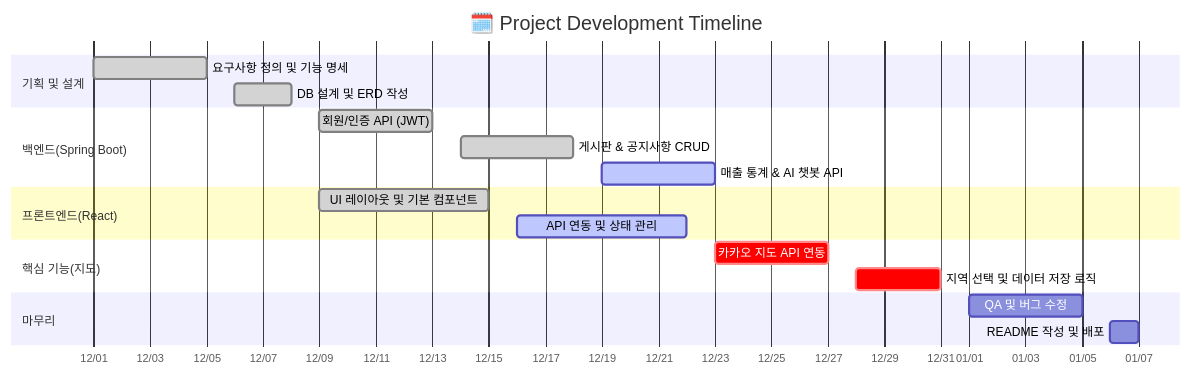
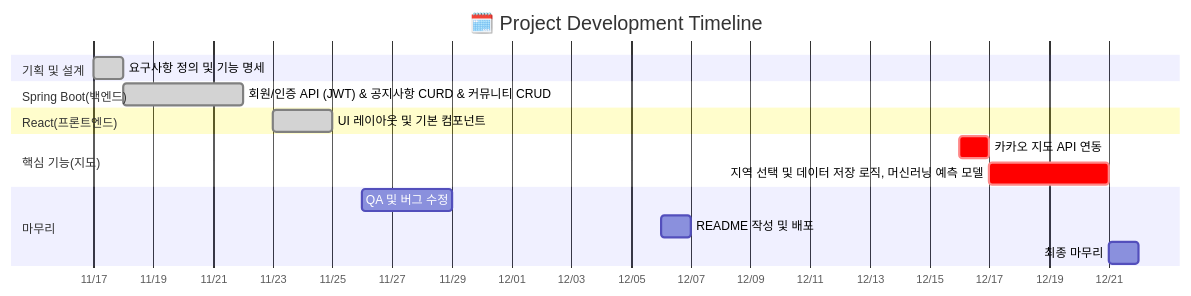
Before and after one commit to rombird/JOB-A-YO: the diagram in README.md, drawn with Mermaid. The commit also changed other lines of this file, not shown here.

````diff
--- a/README.md
+++ b/README.md
@@ -281,27 +347,24 @@
 ```mermaid
 gantt
     title 🗓️ Project Development Timeline
     dateFormat  YYYY-MM-DD
     axisFormat  %m/%d
 
     section 기획 및 설계
-    요구사항 정의 및 기능 명세      :done, des1, 2025-12-01, 2025-12-05
-    DB 설계 및 ERD 작성           :done, des2, 2025-12-06, 2025-12-08
+    요구사항 정의 및 기능 명세      :done, des1, 2025-11-17, 2025-11-18
     
-    section 백엔드(Spring Boot)
-    회원/인증 API (JWT)          :done, be1, 2025-12-09, 2025-12-13
-    게시판 & 공지사항 CRUD        :done, be2, 2025-12-14, 2025-12-18
-    매출 통계 & AI 챗봇 API      :active, be3, 2025-12-19, 2025-12-23
+    section Spring Boot(백엔드)
+    회원/인증 API (JWT) & 공지사항 CURD & 커뮤니티 CRUD         :done, be1, 2025-11-18, 2025-11-22
     
-    section 프론트엔드(React)
-    UI 레이아웃 및 기본 컴포넌트    :done, fe1, 2025-12-09, 2025-12-15
-    API 연동 및 상태 관리         :active, fe2, 2025-12-16, 2025-12-22
+    section React(프론트엔드)
+    UI 레이아웃 및 기본 컴포넌트    :done, fe1, 2025-11-23, 2025-11-25
     
     section 핵심 기능(지도)
-    카카오 지도 API 연동          :crit, map1, 2025-12-23, 2025-12-27
-    지역 선택 및 데이터 저장 로직    :crit, map2, 2025-12-28, 2025-12-31
-    
+    카카오 지도 API 연동          :crit, map1, 2025-12-16, 2025-12-17
+    지역 선택 및 데이터 저장 로직, 머신러닝 예측 모델    :crit, map2, 2025-12-17, 2025-12-21
+     
     section 마무리
-    QA 및 버그 수정              : 2026-01-01, 2026-01-05
-    README 작성 및 배포          : 2026-01-06, 2026-01-07
+    QA 및 버그 수정              : 2025-11-26, 2025-11-29
+    README 작성 및 배포          : 2025-12-06, 2025-12-07
+    최종 마무리                  : 2025-12-21, 2025-12-22
 ```
````
